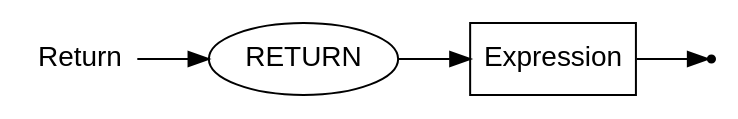
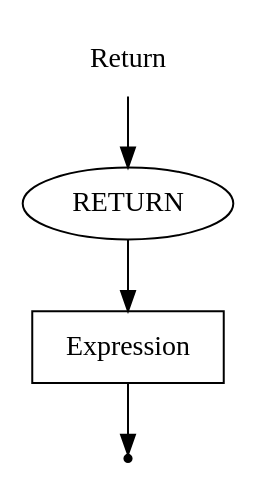
Before and after one commit to EgorGoluzin/DSL: the diagram in DSLTools/examples/PSECO/wirth/Return.gv, drawn with Graphviz. The commit also changed 110 other files, not shown here.

```diff
--- a/DSLTools/examples/PSECO/wirth/Return.gv
+++ b/DSLTools/examples/PSECO/wirth/Return.gv
@@ -1,11 +1,9 @@
-digraph RETURN {
-  rankdir=LR;
-  node [fontname="Arial"];
+digraph Return {
   start [label="Return" shape=plaintext];
-  end [label="" shape=point];
   A [label="RETURN" shape=oval];
   B [label="Expression" shape=box];
+  end [label="" shape=point];
   start -> A;
   A -> B;
   B -> end;
 }
```
